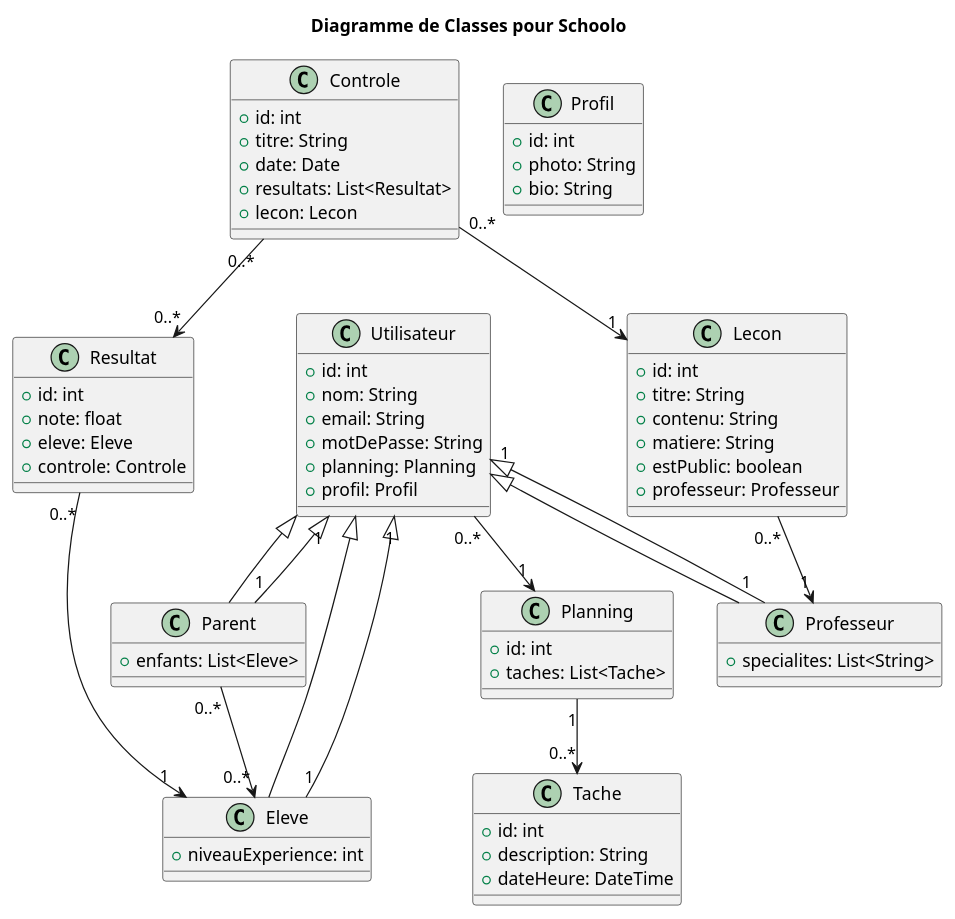
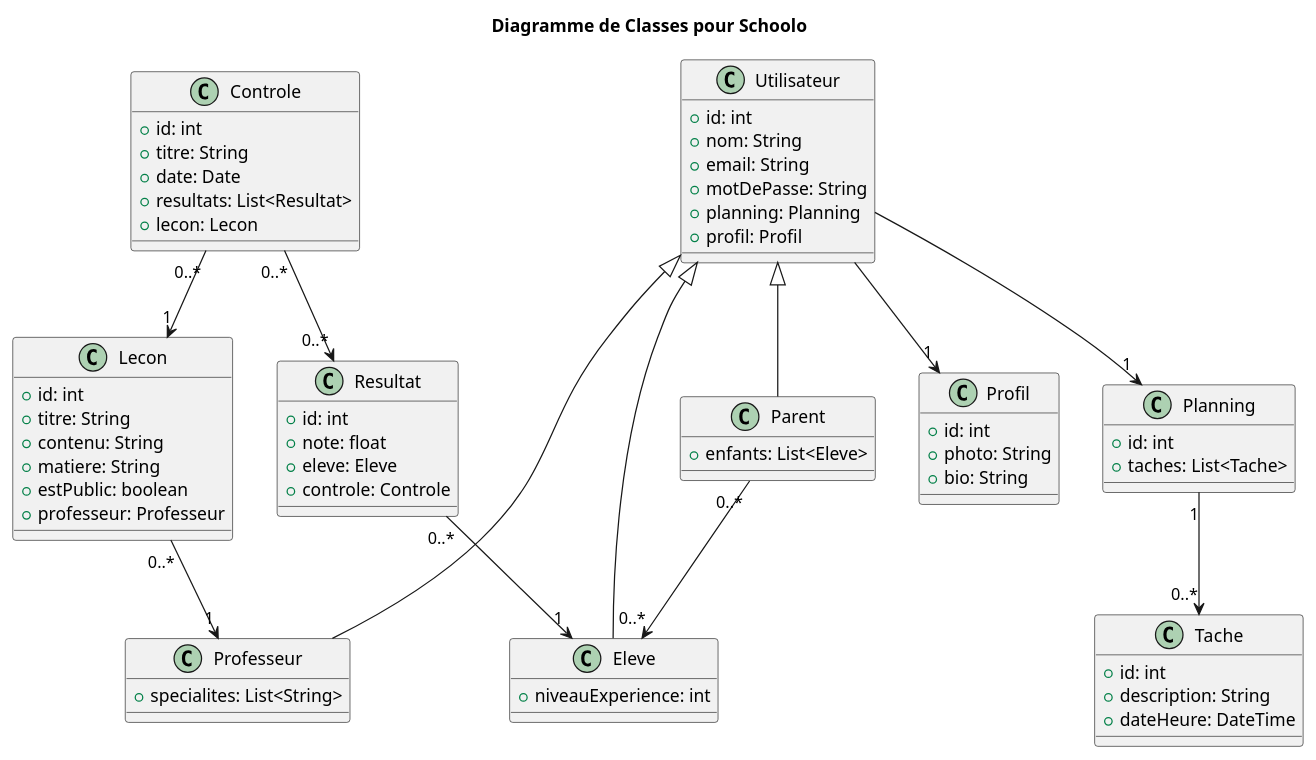
Before and after one commit to PIROSS-Dynamics/Schoolo-back: the diagram in schoolo.puml, drawn with PlantUML.

Commit message:
Update du diagramme

```diff
--- a/schoolo.puml
+++ b/schoolo.puml
@@ -1,80 +1,80 @@
 @startuml
 title Diagramme de Classes pour Schoolo
 
 class Utilisateur {
     +id: int
     +nom: String
     +email: String
     +motDePasse: String
     +planning: Planning
     +profil: Profil
 }
 
 
 class Profil {
     +id: int
     +photo: String
     +bio: String
 }
 
 class Eleve extends Utilisateur {
     +niveauExperience: int
 }
 
 class Professeur extends Utilisateur {
     +specialites: List<String>
 }
 
 class Parent extends Utilisateur {
     +enfants: List<Eleve>
 }
 
 class Lecon {
     +id: int
     +titre: String
     +contenu: String
     +matiere: String
     +estPublic: boolean
     +professeur: Professeur
 }
 
 class Controle {
     +id: int
     +titre: String
     +date: Date
     +resultats: List<Resultat>
     +lecon: Lecon
 }
 
 class Resultat {
     +id: int
     +note: float
     +eleve: Eleve
     +controle: Controle
 }
 
 class Planning {
     +id: int
     +taches: List<Tache>
 }
 
 class Tache {
     +id: int
     +description: String
     +dateHeure: DateTime
 }
 
 
-Utilisateur "1" <|-- "1" Eleve
-Utilisateur "1" <|-- "1" Professeur
-Utilisateur "1" <|-- "1" Parent
 
-Utilisateur "0..*" --> "1" Planning
+Utilisateur  --> "1" Planning
+Utilisateur  --> "1" Profil
 Parent "0..*" --> "0..*" Eleve
 Lecon "0..*" --> "1" Professeur
 Controle "0..*" --> "1" Lecon
 Resultat "0..*" --> "1" Eleve
 Controle "0..*" --> "0..*" Resultat
 Planning "1" --> "0..*" Tache
 
+
+
 @enduml
```
